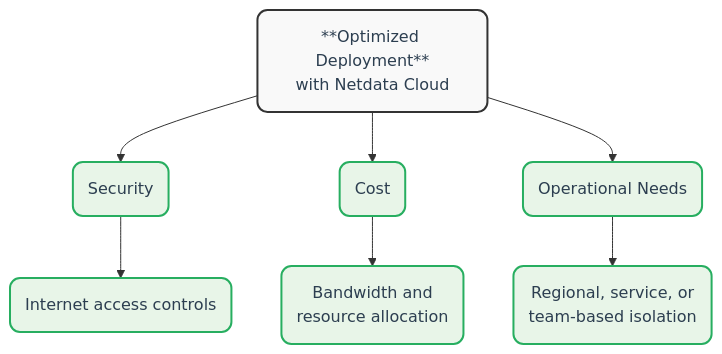
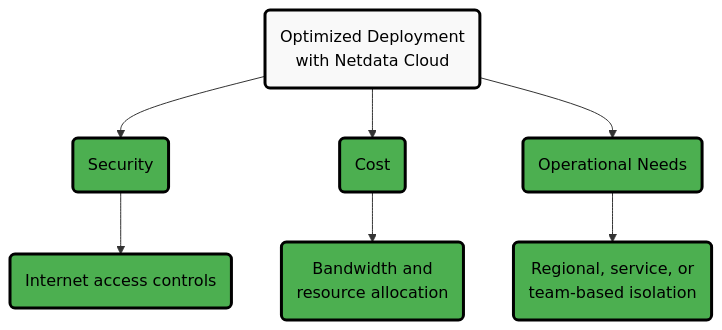
Before and after one commit to netdata/netdata: the first of 2 diagrams in docs/observability-centralization-points/best-practices.md, drawn with Mermaid. The commit also changed other lines of this file, not shown here.

````diff
--- a/docs/observability-centralization-points/best-practices.md
+++ b/docs/observability-centralization-points/best-practices.md
@@ -17,32 +19,25 @@
 ```mermaid
 flowchart TB
-    A[A]
-    B[B]
-    C[C]
-    D[D]
-    B1[B1]
-    C1[C1]
-    D1[D1]
-    A("**Optimized Deployment**<br/>with Netdata Cloud")
+    A("Optimized Deployment<br/>with Netdata Cloud")
     B("Security")
     C("Cost")
     D("Operational Needs")
     B1("Internet access controls")
     C1("Bandwidth and<br/>resource allocation")
     D1("Regional, service, or<br/>team-based isolation")
+    
     A --> B
     A --> C
     A --> D
     B --> B1
     C --> C1
     D --> D1
-    classDef default fill: #f9f9f9, stroke: #333, stroke-width: 2px, color: #2c3e50, rx: 10, ry: 10
-    classDef factors fill: #e8f5e8, stroke: #27ae60, stroke-width: 2px, color: #2c3e50, rx: 10, ry: 10
-    class A default
-    class B factors
-    class C factors
-    class D factors
-    class B1 factors
-    class C1 factors
-    class D1 factors
+    
+    classDef alert fill:#ffeb3b,stroke:#000000,stroke-width:3px,color:#000000
+    classDef neutral fill:#f9f9f9,stroke:#000000,stroke-width:3px,color:#000000
+    classDef complete fill:#4caf50,stroke:#000000,stroke-width:3px,color:#000000
+    
+    class A neutral
+    class B,C,D complete
+    class B1,C1,D1 complete
 ```
````
